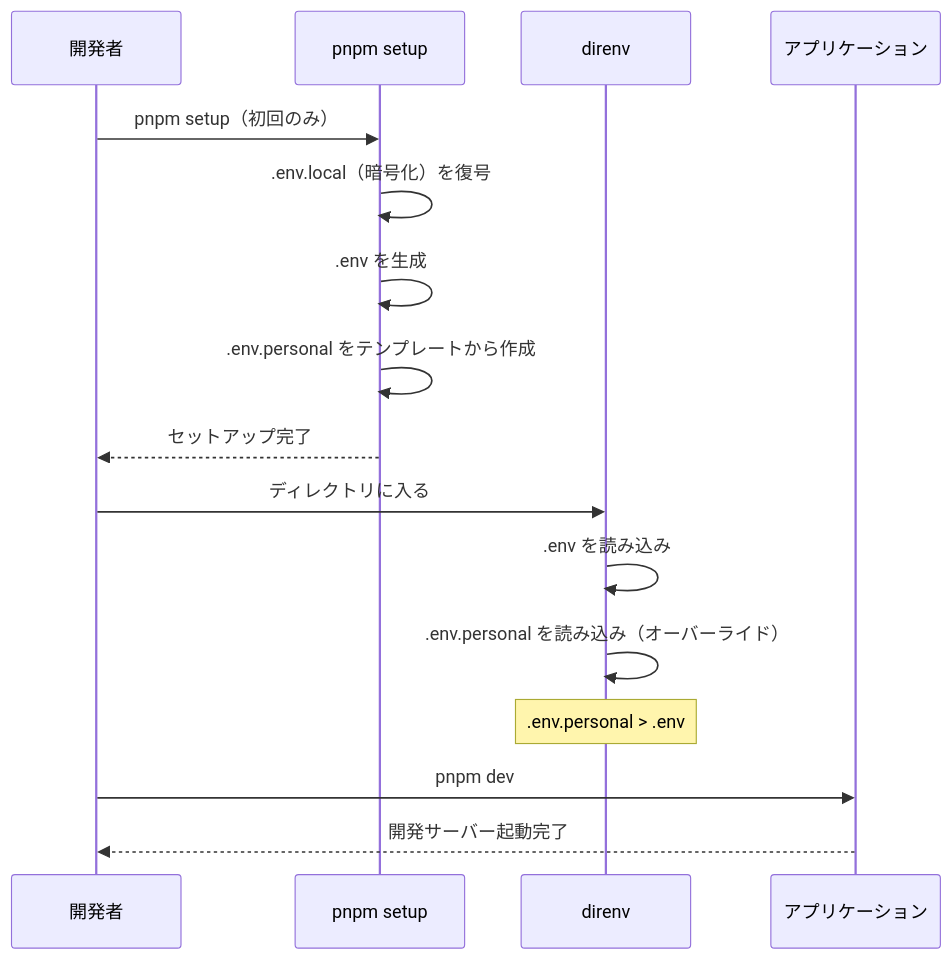
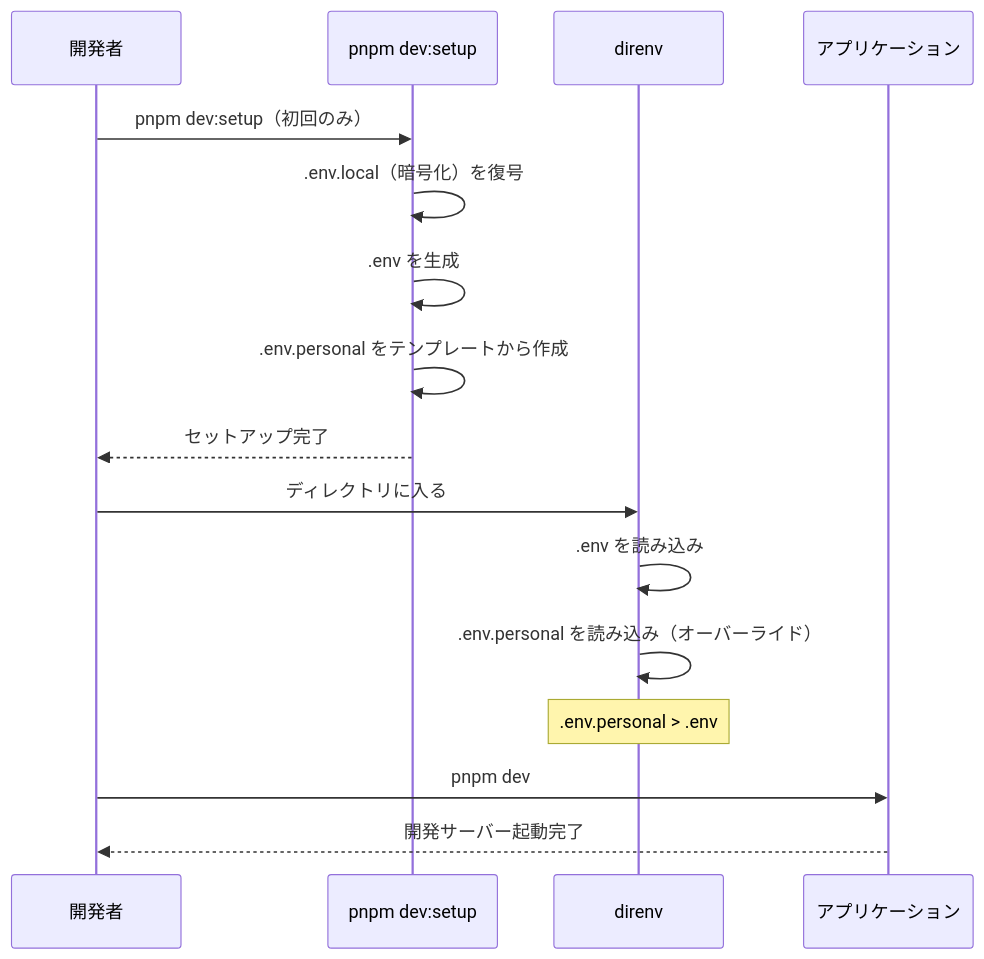
The diagram in docs/steering/infrastructure/environment-variables.md (einja-inc/einja-management-template), drawn with Mermaid before and after one commit. The commit also changed other lines of this file and 7 other files, not shown here.

First line of the commit message:
docs: pnpm dev:bg をスタンダードにするドキュメント更新

````diff
--- a/docs/steering/infrastructure/environment-variables.md
+++ b/docs/steering/infrastructure/environment-variables.md
@@ -201,21 +201,21 @@
 ```mermaid
 sequenceDiagram
     participant Dev as 開発者
-    participant Setup as pnpm setup
+    participant Setup as pnpm dev:setup
     participant Direnv as direnv
     participant App as アプリケーション
 
-    Dev->>Setup: pnpm setup（初回のみ）
+    Dev->>Setup: pnpm dev:setup（初回のみ）
     Setup->>Setup: .env.local（暗号化）を復号
     Setup->>Setup: .env を生成
     Setup->>Setup: .env.personal をテンプレートから作成
     Setup-->>Dev: セットアップ完了
 
     Dev->>Direnv: ディレクトリに入る
     Direnv->>Direnv: .env を読み込み
     Direnv->>Direnv: .env.personal を読み込み（オーバーライド）
     Note over Direnv: .env.personal > .env
 
     Dev->>App: pnpm dev
     App-->>Dev: 開発サーバー起動完了
 ```
````
